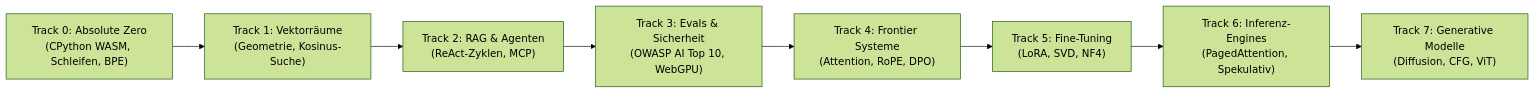
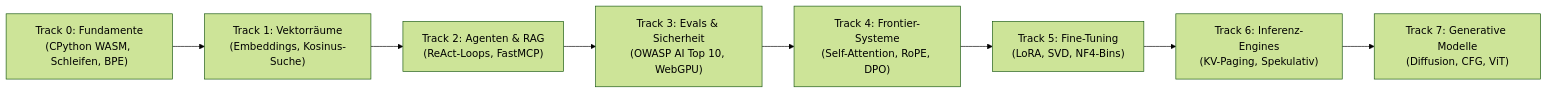
The first of 2 diagrams in docs/translations/README_de.md (Adilrafiq001/OpenGuideForAI), drawn with Mermaid (forest theme) before and after one commit. The commit also changed other lines of this file and 19 other files, not shown here.

````diff
--- a/docs/translations/README_de.md
+++ b/docs/translations/README_de.md
@@ -110,13 +74,13 @@
 ```mermaid
 graph LR
-    T0["Track 0: Absolute Zero<br/>(CPython WASM, Schleifen, BPE)"]
-    T1["Track 1: Vektorräume<br/>(Geometrie, Kosinus-Suche)"]
-    T2["Track 2: RAG & Agenten<br/>(ReAct-Zyklen, MCP)"]
+    T0["Track 0: Fundamente<br/>(CPython WASM, Schleifen, BPE)"]
+    T1["Track 1: Vektorräume<br/>(Embeddings, Kosinus-Suche)"]
+    T2["Track 2: Agenten & RAG<br/>(ReAct-Loops, FastMCP)"]
     T3["Track 3: Evals & Sicherheit<br/>(OWASP AI Top 10, WebGPU)"]
-    T4["Track 4: Frontier Systeme<br/>(Attention, RoPE, DPO)"]
-    T5["Track 5: Fine-Tuning<br/>(LoRA, SVD, NF4)"]
-    T6["Track 6: Inferenz-Engines<br/>(PagedAttention, Spekulativ)"]
+    T4["Track 4: Frontier-Systeme<br/>(Self-Attention, RoPE, DPO)"]
+    T5["Track 5: Fine-Tuning<br/>(LoRA, SVD, NF4-Bins)"]
+    T6["Track 6: Inferenz-Engines<br/>(KV-Paging, Spekulativ)"]
     T7["Track 7: Generative Modelle<br/>(Diffusion, CFG, ViT)"]
 
     T0 --> T1 --> T2 --> T3 --> T4 --> T5 --> T6 --> T7
 ```
````
